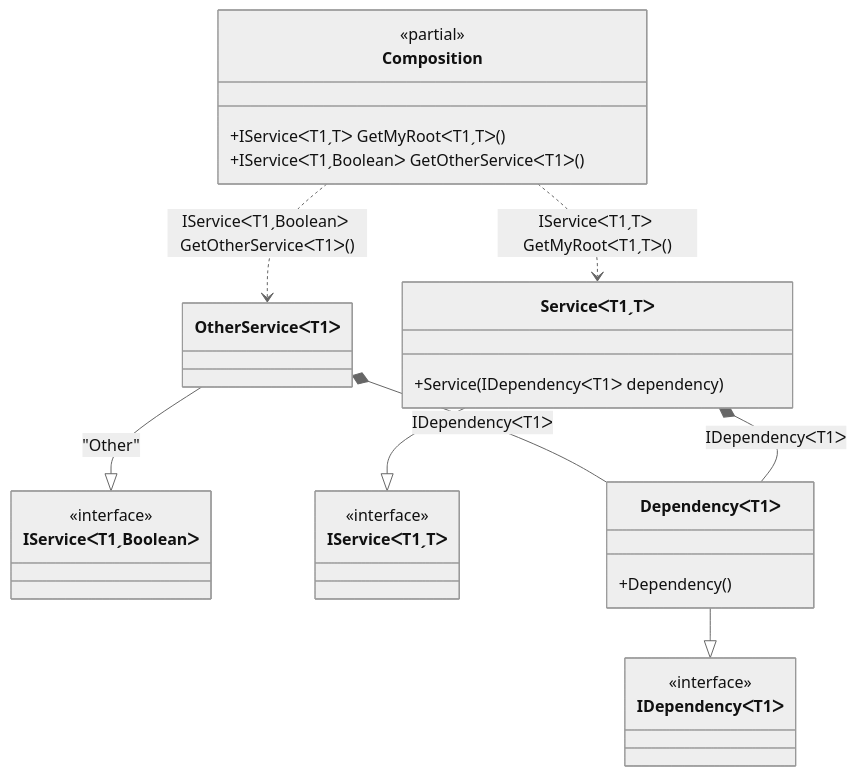
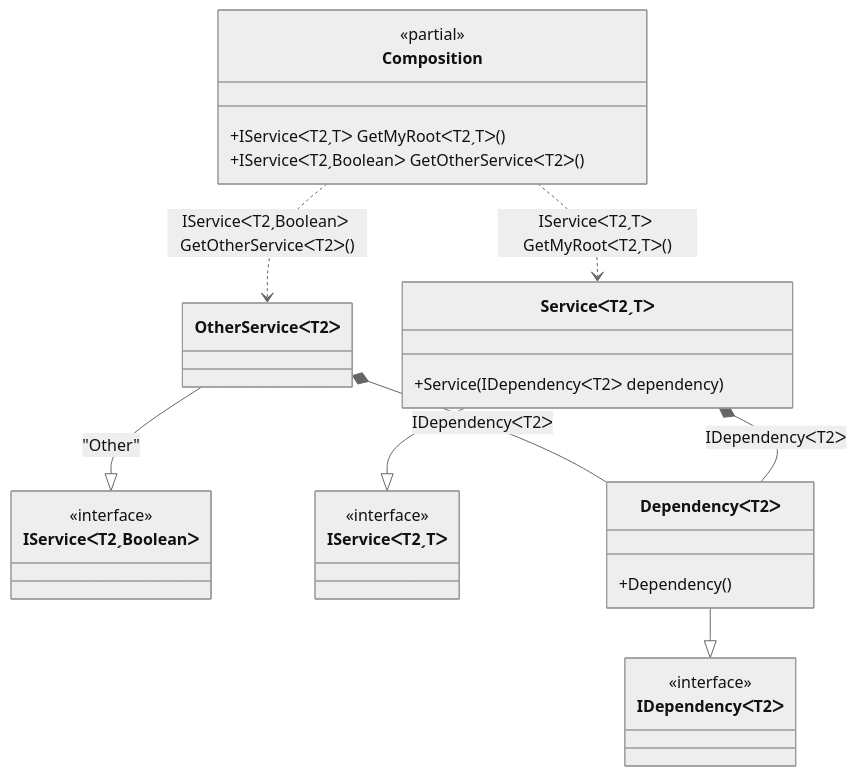
Before and after one commit to DevTeam/Pure.DI: the diagram in readme/generic-composition-roots-with-constraints.md, drawn with Mermaid (neutral theme). The commit also changed other lines of this file and 14 other files, not shown here.

````diff
--- a/readme/generic-composition-roots-with-constraints.md
+++ b/readme/generic-composition-roots-with-constraints.md
@@ -103,31 +103,31 @@
 ```mermaid
 classDiagram
 	class Composition {
 		<<partial>>
-		+IServiceᐸT1ˏTᐳ GetMyRootᐸT1ˏTᐳ()
-		+IServiceᐸT1ˏBooleanᐳ GetOtherServiceᐸT1ᐳ()
+		+IServiceᐸT2ˏTᐳ GetMyRootᐸT2ˏTᐳ()
+		+IServiceᐸT2ˏBooleanᐳ GetOtherServiceᐸT2ᐳ()
 	}
-	OtherServiceᐸT1ᐳ --|> IServiceᐸT1ˏBooleanᐳ : "Other" 
-	class OtherServiceᐸT1ᐳ
-	ServiceᐸT1ˏTᐳ --|> IServiceᐸT1ˏTᐳ
-	class ServiceᐸT1ˏTᐳ {
-		+Service(IDependencyᐸT1ᐳ dependency)
+	OtherServiceᐸT2ᐳ --|> IServiceᐸT2ˏBooleanᐳ : "Other" 
+	class OtherServiceᐸT2ᐳ
+	ServiceᐸT2ˏTᐳ --|> IServiceᐸT2ˏTᐳ
+	class ServiceᐸT2ˏTᐳ {
+		+Service(IDependencyᐸT2ᐳ dependency)
 	}
-	DependencyᐸT1ᐳ --|> IDependencyᐸT1ᐳ
-	class DependencyᐸT1ᐳ {
+	DependencyᐸT2ᐳ --|> IDependencyᐸT2ᐳ
+	class DependencyᐸT2ᐳ {
 		+Dependency()
 	}
-	class IServiceᐸT1ˏBooleanᐳ {
+	class IServiceᐸT2ˏBooleanᐳ {
 		<<interface>>
 	}
-	class IServiceᐸT1ˏTᐳ {
+	class IServiceᐸT2ˏTᐳ {
 		<<interface>>
 	}
-	class IDependencyᐸT1ᐳ {
+	class IDependencyᐸT2ᐳ {
 		<<interface>>
 	}
-	Composition ..> OtherServiceᐸT1ᐳ : IServiceᐸT1ˏBooleanᐳ GetOtherServiceᐸT1ᐳ()
-	Composition ..> ServiceᐸT1ˏTᐳ : IServiceᐸT1ˏTᐳ GetMyRootᐸT1ˏTᐳ()
-	OtherServiceᐸT1ᐳ *--  DependencyᐸT1ᐳ : IDependencyᐸT1ᐳ
-	ServiceᐸT1ˏTᐳ *--  DependencyᐸT1ᐳ : IDependencyᐸT1ᐳ
+	Composition ..> OtherServiceᐸT2ᐳ : IServiceᐸT2ˏBooleanᐳ GetOtherServiceᐸT2ᐳ()
+	Composition ..> ServiceᐸT2ˏTᐳ : IServiceᐸT2ˏTᐳ GetMyRootᐸT2ˏTᐳ()
+	OtherServiceᐸT2ᐳ *--  DependencyᐸT2ᐳ : IDependencyᐸT2ᐳ
+	ServiceᐸT2ˏTᐳ *--  DependencyᐸT2ᐳ : IDependencyᐸT2ᐳ
 ```
````
